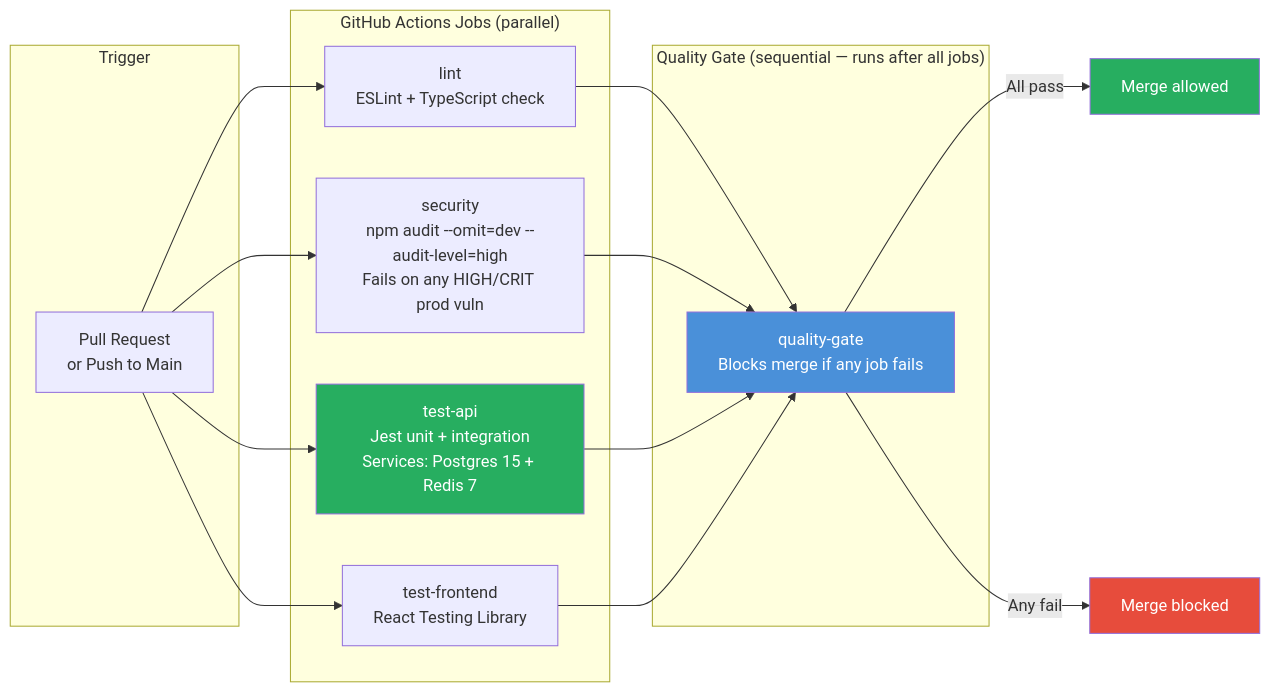
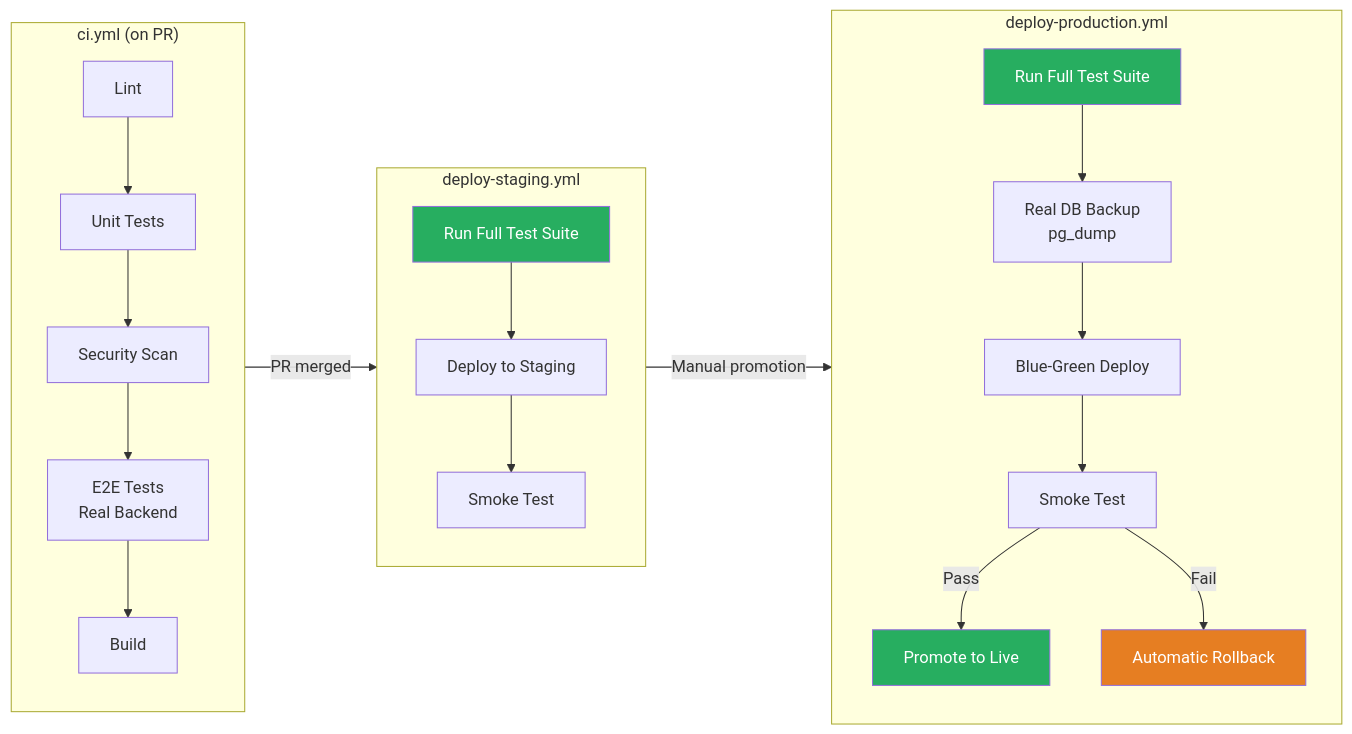
Before and after one commit to Tamoura/Claude-Code-creates-the-SW-company: diagram 11 of 16 in products/stablecoin-gateway/docs/AUDIT-REPORT.md, drawn with Mermaid. The commit also changed other lines of this file, not shown here.

First line of the commit message:
docs(stablecoin-gateway): update audit report v4.0 with 11-dimension scores

````diff
--- a/products/stablecoin-gateway/docs/AUDIT-REPORT.md
+++ b/products/stablecoin-gateway/docs/AUDIT-REPORT.md
@@ -832,33 +963,30 @@
 ```mermaid
 flowchart LR
-    subgraph TRIGGER["Trigger"]
-        PR["Pull Request\nor Push to Main"]
+    subgraph CI["ci.yml (on PR)"]
+        Lint[Lint] --> Test[Unit Tests]
+        Test --> Sec[Security Scan]
+        Sec --> E2E[E2E Tests<br>Real Backend]
+        E2E --> Build[Build]
     end
 
-    subgraph JOBS["GitHub Actions Jobs (parallel)"]
-        LINT["lint\nESLint + TypeScript check"]
-        SEC["security\nnpm audit --omit=dev --audit-level=high\nFails on any HIGH/CRIT prod vuln"]
-        TAPI["test-api\nJest unit + integration\nServices: Postgres 15 + Redis 7"]
-        TWEB["test-frontend\nReact Testing Library"]
+    subgraph Staging["deploy-staging.yml"]
+        Gate_S[Run Full Test Suite] --> Deploy_S[Deploy to Staging]
+        Deploy_S --> Smoke_S[Smoke Test]
     end
 
-    subgraph GATE["Quality Gate (sequential — runs after all jobs)"]
-        QG["quality-gate\nBlocks merge if any job fails"]
+    subgraph Production["deploy-production.yml"]
+        Gate_P[Run Full Test Suite] --> Backup[Real DB Backup<br>pg_dump]
+        Backup --> Deploy_P[Blue-Green Deploy]
+        Deploy_P --> Smoke_P[Smoke Test]
+        Smoke_P --> |Pass| Promote[Promote to Live]
+        Smoke_P --> |Fail| Rollback[Automatic Rollback]
     end
 
-    PR --> LINT
-    PR --> SEC
-    PR --> TAPI
-    PR --> TWEB
-    LINT --> QG
-    SEC --> QG
-    TAPI --> QG
-    TWEB --> QG
-    QG -->|All pass| MERGE["Merge allowed"]
-    QG -->|Any fail| BLOCK["Merge blocked"]
+    CI -->|PR merged| Staging
+    Staging -->|Manual promotion| Production
 
-    style TAPI fill:#27ae60,color:#fff
-    style QG fill:#4a90d9,color:#fff
-    style BLOCK fill:#e74c3c,color:#fff
-    style MERGE fill:#27ae60,color:#fff
+    style Gate_S fill:#27ae60,color:#fff
+    style Gate_P fill:#27ae60,color:#fff
+    style Rollback fill:#e67e22,color:#fff
+    style Promote fill:#27ae60,color:#fff
 ```
````
